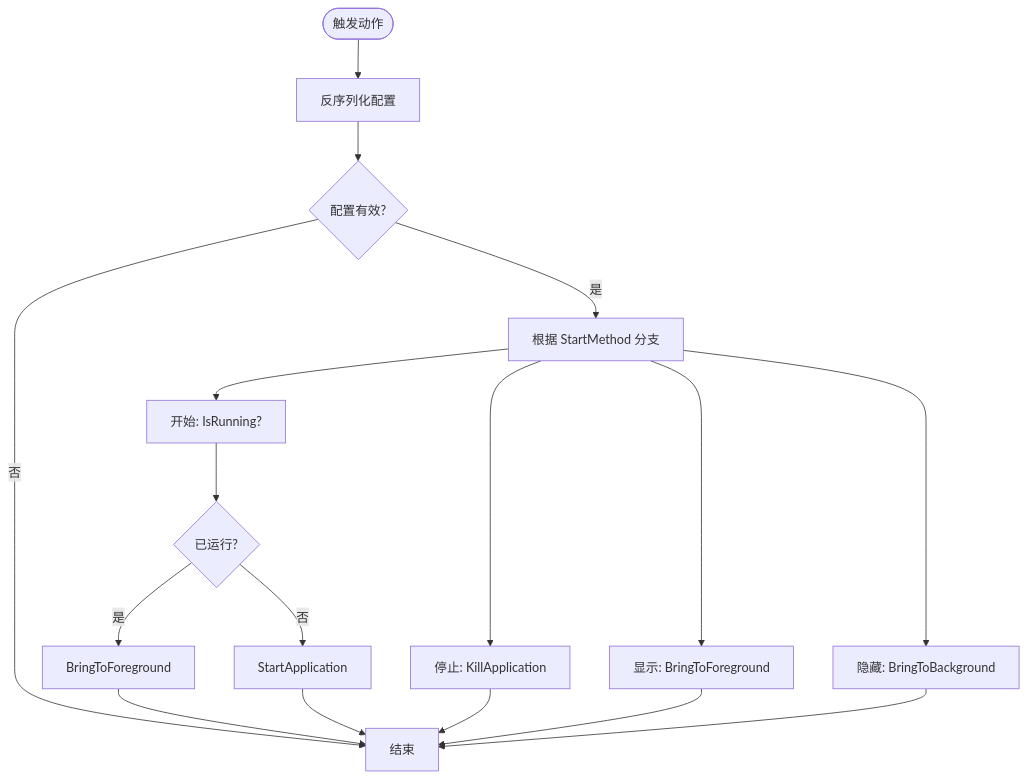
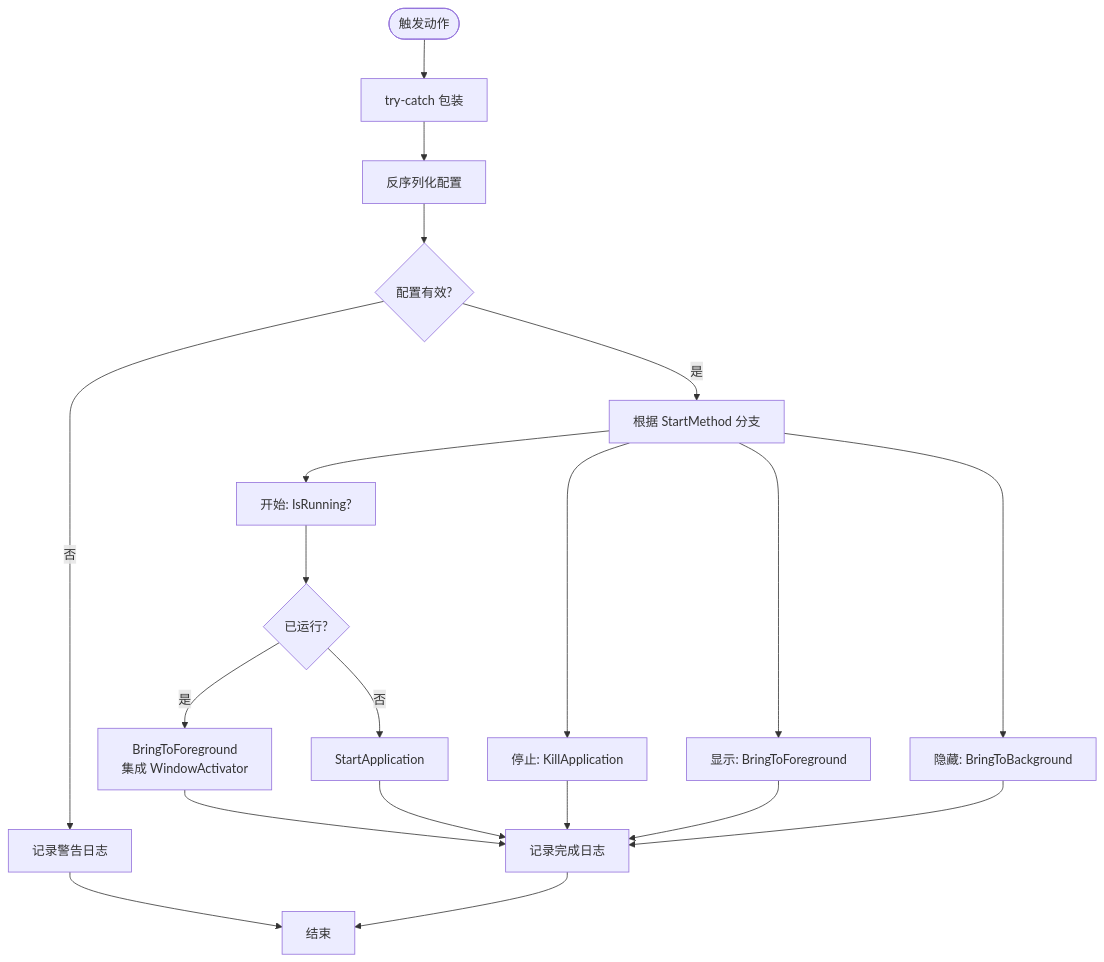
Before and after one commit to tea4go/Macro-Deck-Windows-Utils-Plugin: the third of 7 diagrams in .qoder/repowiki/zh/content/核心功能/应用程序管理.md, drawn with Mermaid. The commit also changed other lines of this file and 16 other files, not shown here.

````diff
--- a/.qoder/repowiki/zh/content/核心功能/应用程序管理.md
+++ b/.qoder/repowiki/zh/content/核心功能/应用程序管理.md
@@ -176,19 +190,22 @@
 ```mermaid
 flowchart TD
-Start(["触发动作"]) --> Deserialize["反序列化配置"]
+Start(["触发动作"]) --> TryCatch["try-catch 包装"]
+TryCatch --> Deserialize["反序列化配置"]
 Deserialize --> HasCfg{"配置有效?"}
-HasCfg --> |否| End["结束"]
+HasCfg --> |否| LogWarn["记录警告日志"]
+LogWarn --> End["结束"]
 HasCfg --> |是| Switch["根据 StartMethod 分支"]
 Switch --> StartOp["开始: IsRunning?"]
 StartOp --> Running{"已运行?"}
-Running --> |是| Foreground["BringToForeground"]
+Running --> |是| Foreground["BringToForeground<br/>集成 WindowActivator"]
 Running --> |否| Launch["StartApplication"]
 Switch --> StopOp["停止: KillApplication"]
 Switch --> ShowOp["显示: BringToForeground"]
 Switch --> HideOp["隐藏: BringToBackground"]
-Foreground --> End
-Launch --> End
-StopOp --> End
-ShowOp --> End
-HideOp --> End
+Foreground --> LogInfo["记录完成日志"]
+Launch --> LogInfo
+StopOp --> LogInfo
+ShowOp --> LogInfo
+HideOp --> LogInfo
+LogInfo --> End
 ```
````
